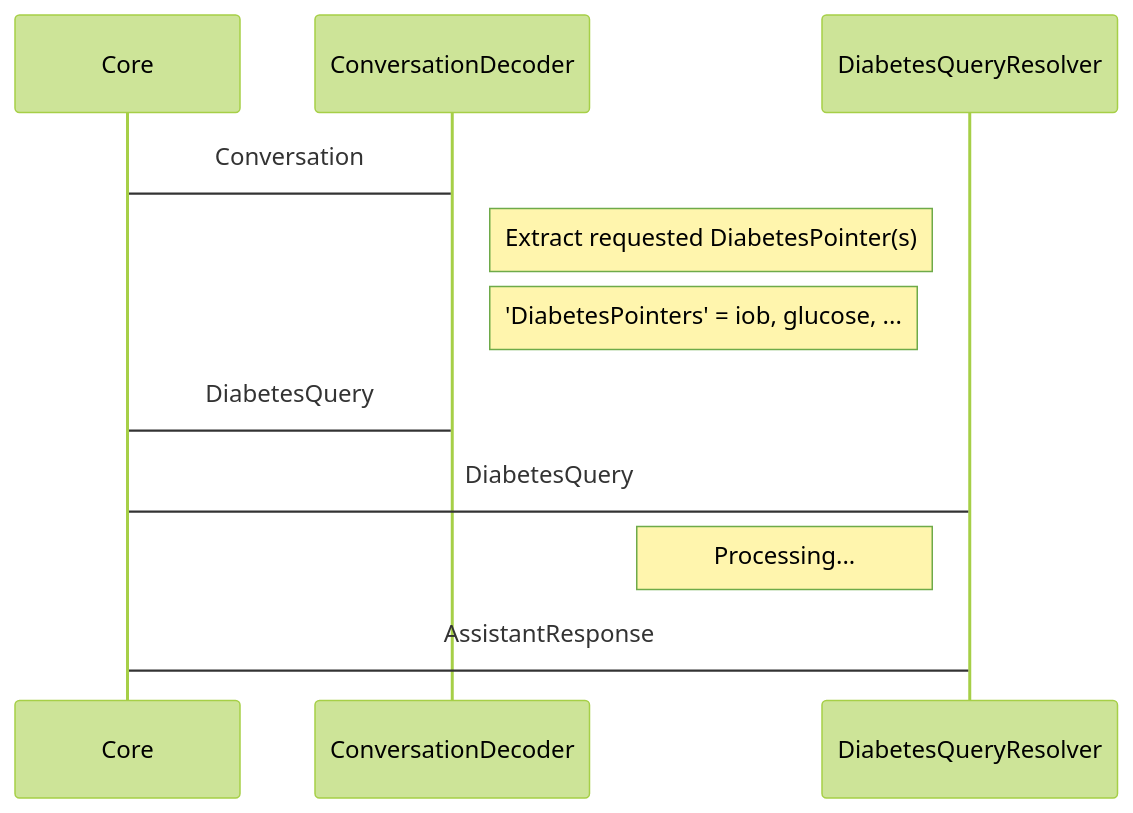
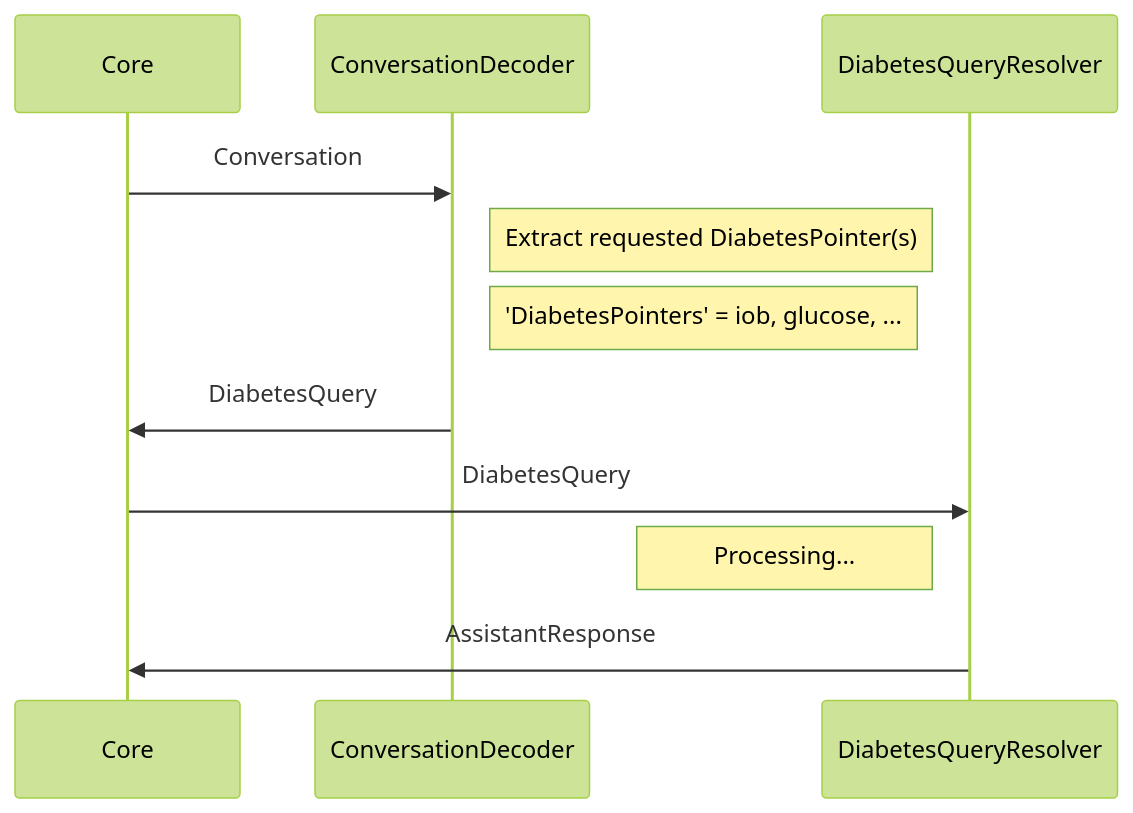
Before and after one commit to nielsmaerten/gluco-check: the second of 3 diagrams in CONTRIBUTING.md, drawn with Mermaid (forest theme). The commit also changed other lines of this file, not shown here.

````diff
--- a/CONTRIBUTING.md
+++ b/CONTRIBUTING.md
@@ -101,10 +101,10 @@
 ```mermaid
 sequenceDiagram
-Core->ConversationDecoder: Conversation
+Core->>ConversationDecoder: Conversation
 Note right of ConversationDecoder: Extract requested DiabetesPointer(s)
 Note right of ConversationDecoder: 'DiabetesPointers' = iob, glucose, ...
-ConversationDecoder->Core: DiabetesQuery
-Core->DiabetesQueryResolver: DiabetesQuery
+ConversationDecoder->>Core: DiabetesQuery
+Core->>DiabetesQueryResolver: DiabetesQuery
 Note left of DiabetesQueryResolver: Processing...
-DiabetesQueryResolver->Core: AssistantResponse
+DiabetesQueryResolver->>Core: AssistantResponse
 ```
````
